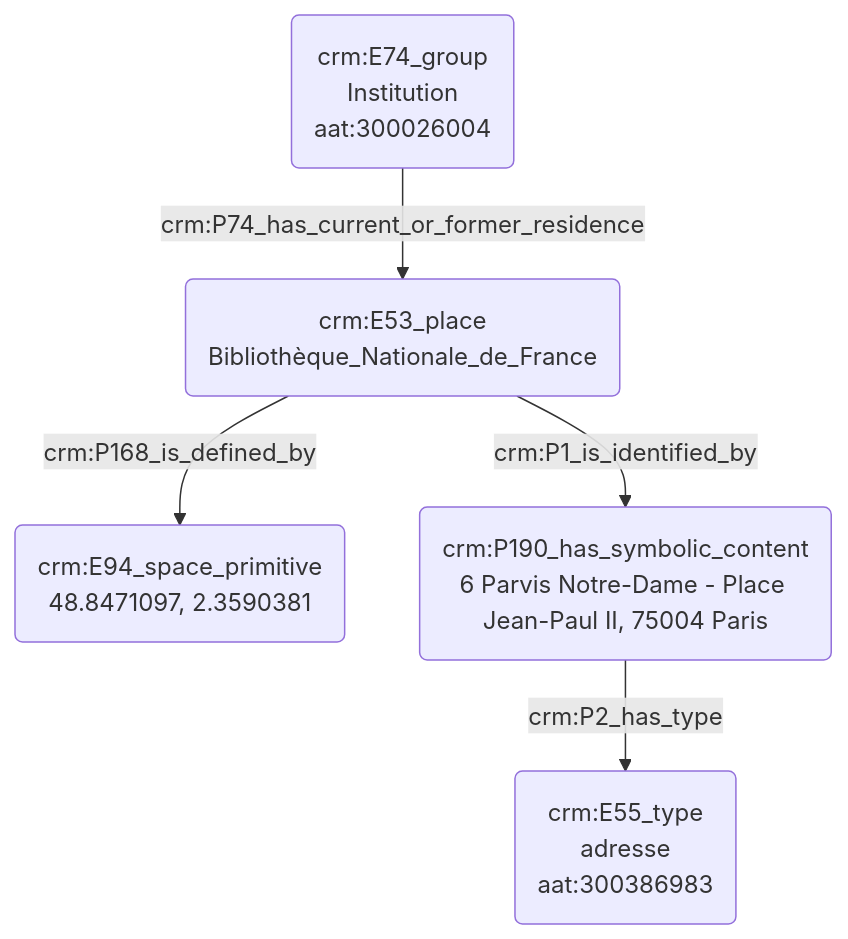
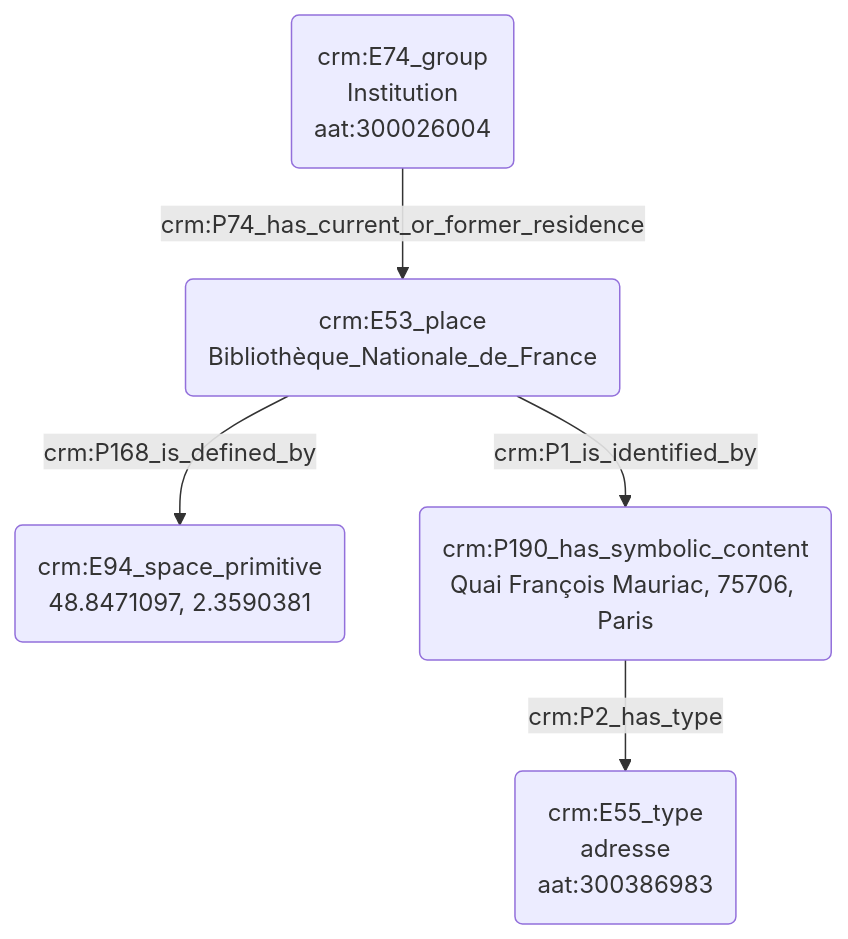
One commit to Amleth/consortium-musica2-gt2-ontologies changed the diagram in modules/livrables/Dossier 2/Indexation conceptuelle/indexation_d_un_lieu.md. Above: the diagram before and after it, drawn with Mermaid.

````diff
--- a/modules/livrables/Dossier 2/Indexation conceptuelle/indexation_d_un_lieu.md
+++ b/modules/livrables/Dossier 2/Indexation conceptuelle/indexation_d_un_lieu.md
@@ -17,9 +17,9 @@
 ```mermaid
 graph TD;
 
 A(crm:E53_place<br>Bibliothèque_Nationale_de_France) --> |crm:P168_is_defined_by| B(crm:E94_space_primitive<br>48.8471097, 2.3590381)
 C(crm:E74_group<br>Institution<br>aat:300026004) --> |crm:P74_has_current_or_former_residence| A(crm:E53_place<br>Bibliothèque_Nationale_de_France)
-A(crm:E53_place<br>Bibliothèque_Nationale_de_France) --> |crm:P1_is_identified_by| D(crm:P190_has_symbolic_content<br>6 Parvis Notre-Dame - Place Jean-Paul II, 75004 Paris)
-D(crm:P190_has_symbolic_content<br>6 Parvis Notre-Dame - Place Jean-Paul II, 75004 Paris) --> |crm:P2_has_type| E(crm:E55_type<br>adresse<br>aat:300386983) 
+A(crm:E53_place<br>Bibliothèque_Nationale_de_France) --> |crm:P1_is_identified_by| D(crm:P190_has_symbolic_content<br>Quai François Mauriac, 75706, Paris)
+D(crm:P190_has_symbolic_content<br>Quai François Mauriac, 75706, Paris) --> |crm:P2_has_type| E(crm:E55_type<br>adresse<br>aat:300386983) 
 
 ```
````
